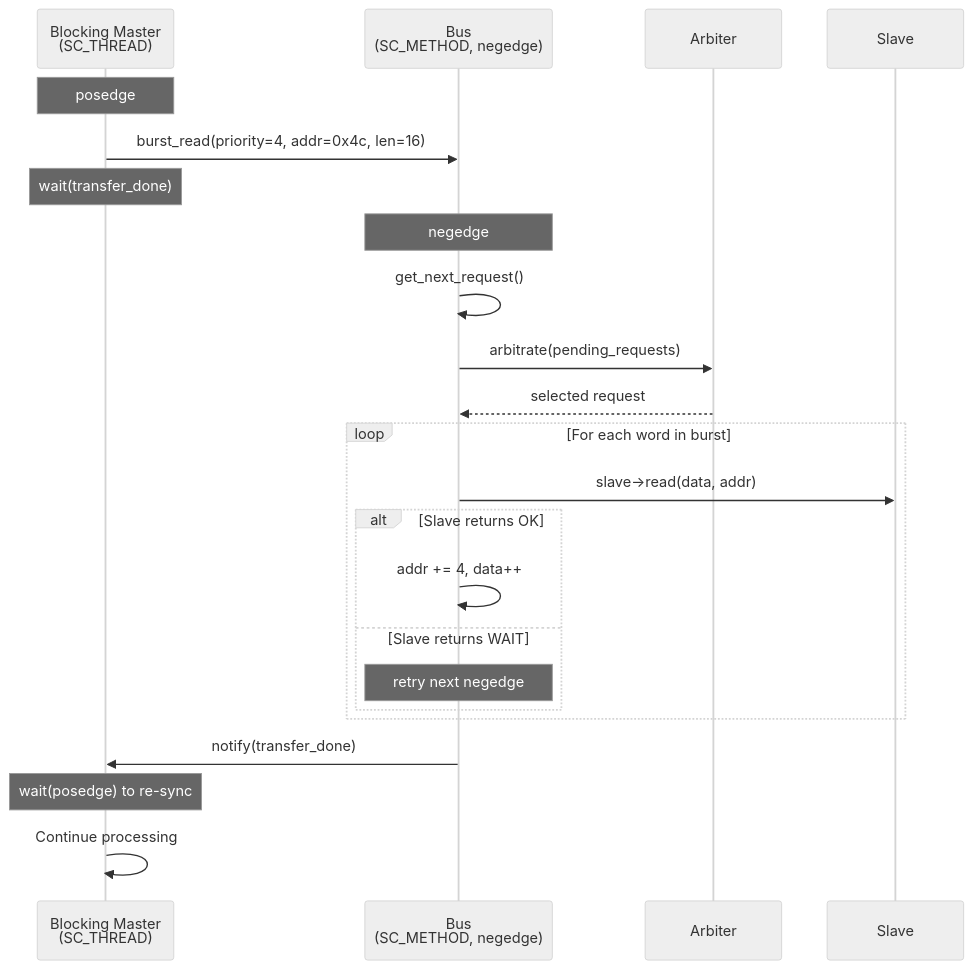
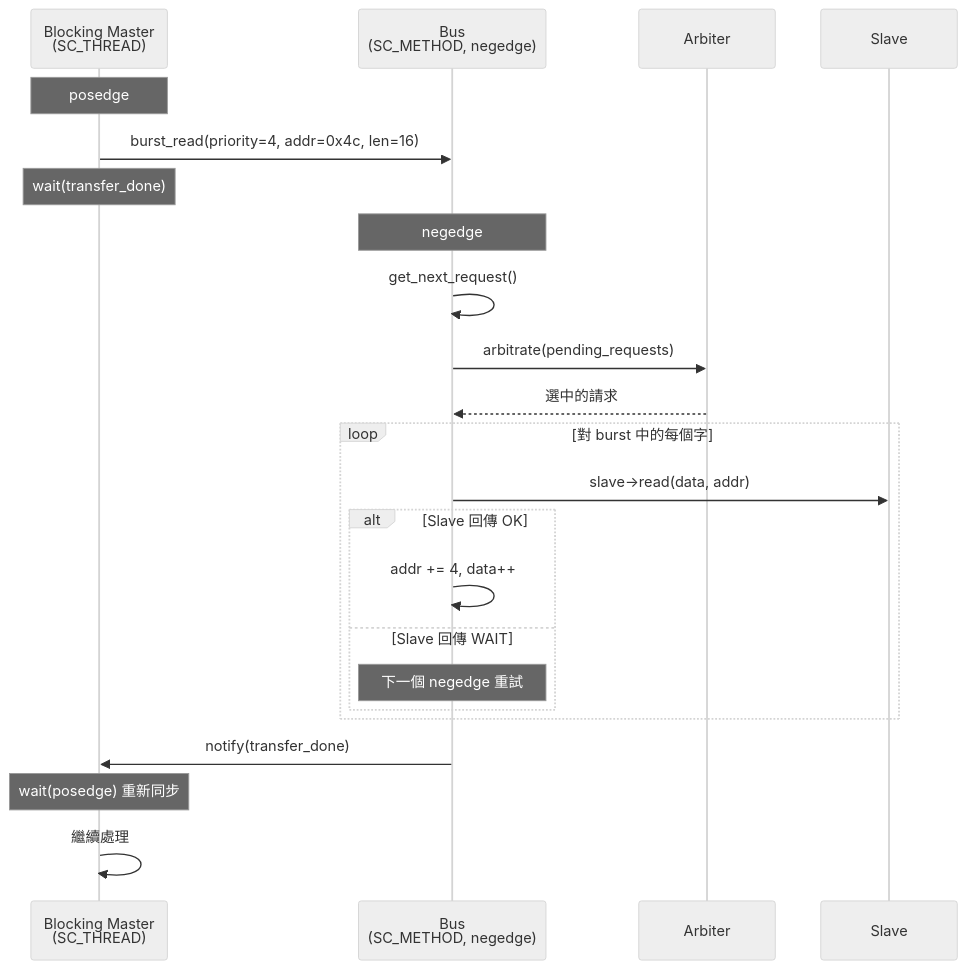
The third of 4 diagrams in doc_v2/examples/code/sysc/simple_bus/simple-bus.md (abc1199281lab-cmd/systemc_notes), drawn with Mermaid (neutral theme) before and after one commit. The commit also changed other lines of this file and 8 other files, not shown here.

````diff
--- a/doc_v2/examples/code/sysc/simple_bus/simple-bus.md
+++ b/doc_v2/examples/code/sysc/simple_bus/simple-bus.md
@@ -112,29 +112,29 @@
 ```mermaid
 sequenceDiagram
     participant M as Blocking Master<br/>(SC_THREAD)
     participant B as Bus<br/>(SC_METHOD, negedge)
     participant A as Arbiter
     participant S as Slave
 
     Note over M: posedge
     M->>B: burst_read(priority=4, addr=0x4c, len=16)
     Note over M: wait(transfer_done)
 
     Note over B: negedge
     B->>B: get_next_request()
     B->>A: arbitrate(pending_requests)
-    A-->>B: selected request
+    A-->>B: 選中的請求
 
-    loop For each word in burst
+    loop 對 burst 中的每個字
         B->>S: slave->read(data, addr)
-        alt Slave returns OK
+        alt Slave 回傳 OK
             B->>B: addr += 4, data++
-        else Slave returns WAIT
-            Note over B: retry next negedge
+        else Slave 回傳 WAIT
+            Note over B: 下一個 negedge 重試
         end
     end
 
     B->>M: notify(transfer_done)
-    Note over M: wait(posedge) to re-sync
-    M->>M: Continue processing
+    Note over M: wait(posedge) 重新同步
+    M->>M: 繼續處理
 ```
````
